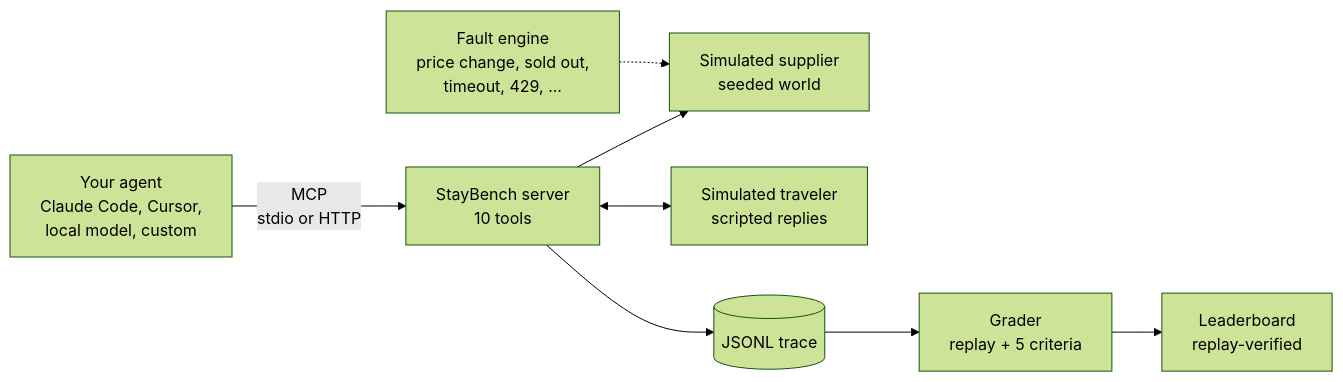
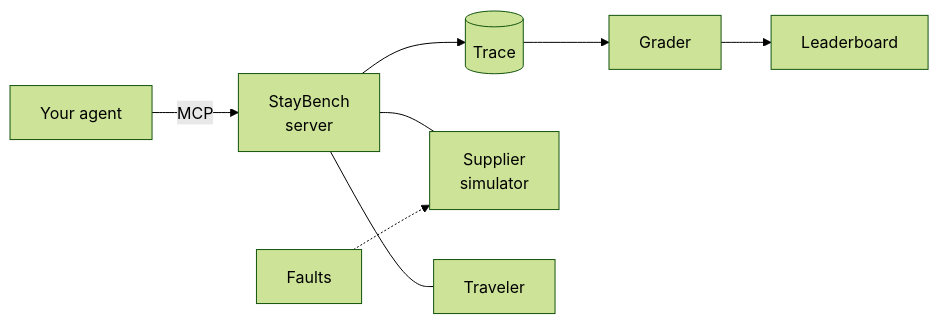
Before and after one commit to Krymum/StayBench: the diagram in README.md, drawn with Mermaid (forest theme). The commit also changed other lines of this file, not shown here.

Commit message:
README: fit the comparison table and the diagram to GitHub's width

````diff
--- a/README.md
+++ b/README.md
@@ -94,10 +94,10 @@
 ```mermaid
 flowchart LR
-    A["Your agent<br/>Claude Code, Cursor,<br/>local model, custom"] -- "MCP<br/>stdio or HTTP" --> S["StayBench server<br/>10 tools"]
-    S --> P["Simulated supplier<br/>seeded world"]
-    F["Fault engine<br/>price change, sold out,<br/>timeout, 429, ..."] -.-> P
-    S <--> T["Simulated traveler<br/>scripted replies"]
-    S --> R[("JSONL trace")]
-    R --> G["Grader<br/>replay + 5 criteria"]
-    G --> L["Leaderboard<br/>replay-verified"]
+    A["Your agent"] -- MCP --> S["StayBench<br/>server"]
+    S --> R[("Trace")]
+    R --> G["Grader"]
+    G --> L["Leaderboard"]
+    S --- P["Supplier<br/>simulator"]
+    F["Faults"] -.-> P
+    S --- T["Traveler"]
 ```
````
